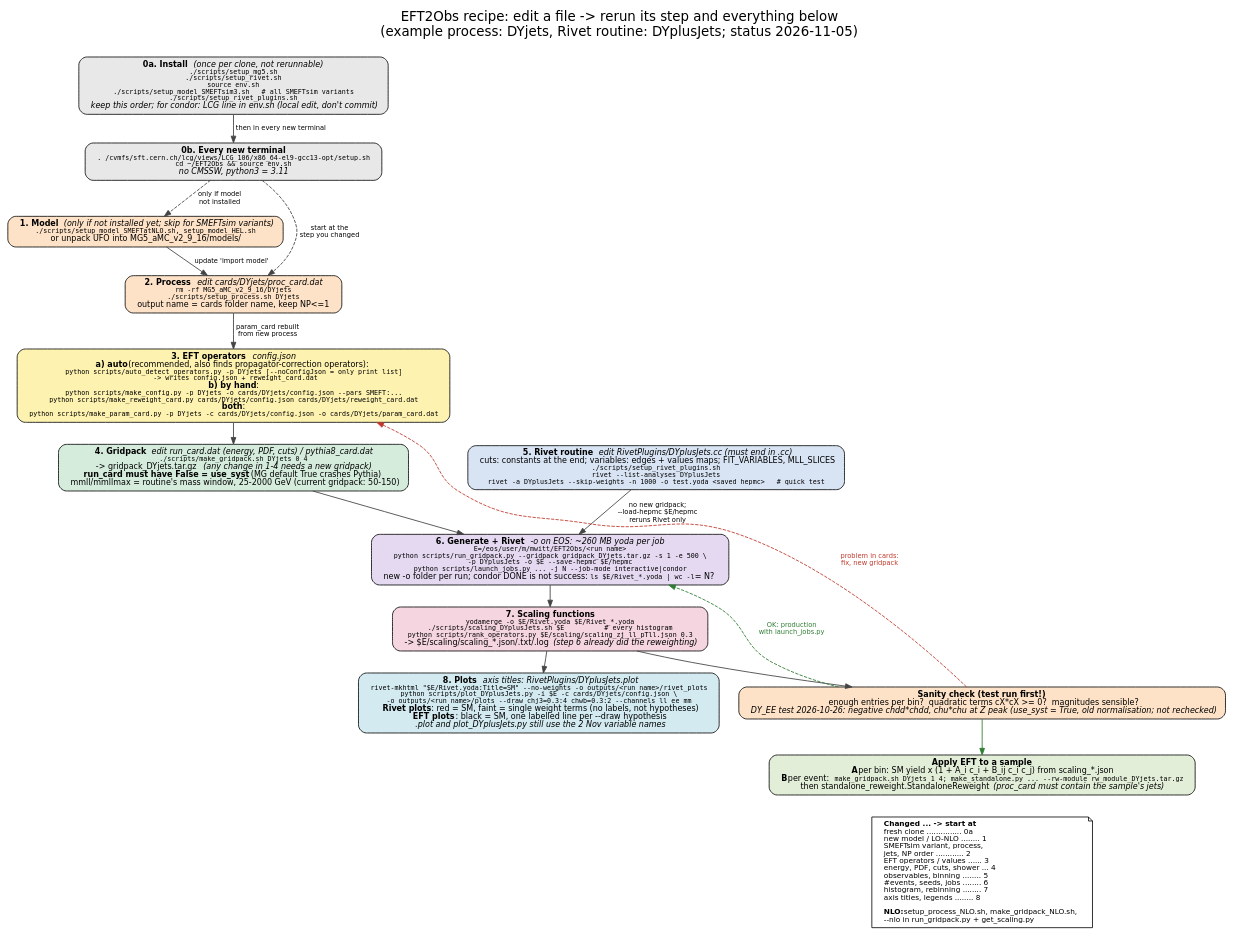
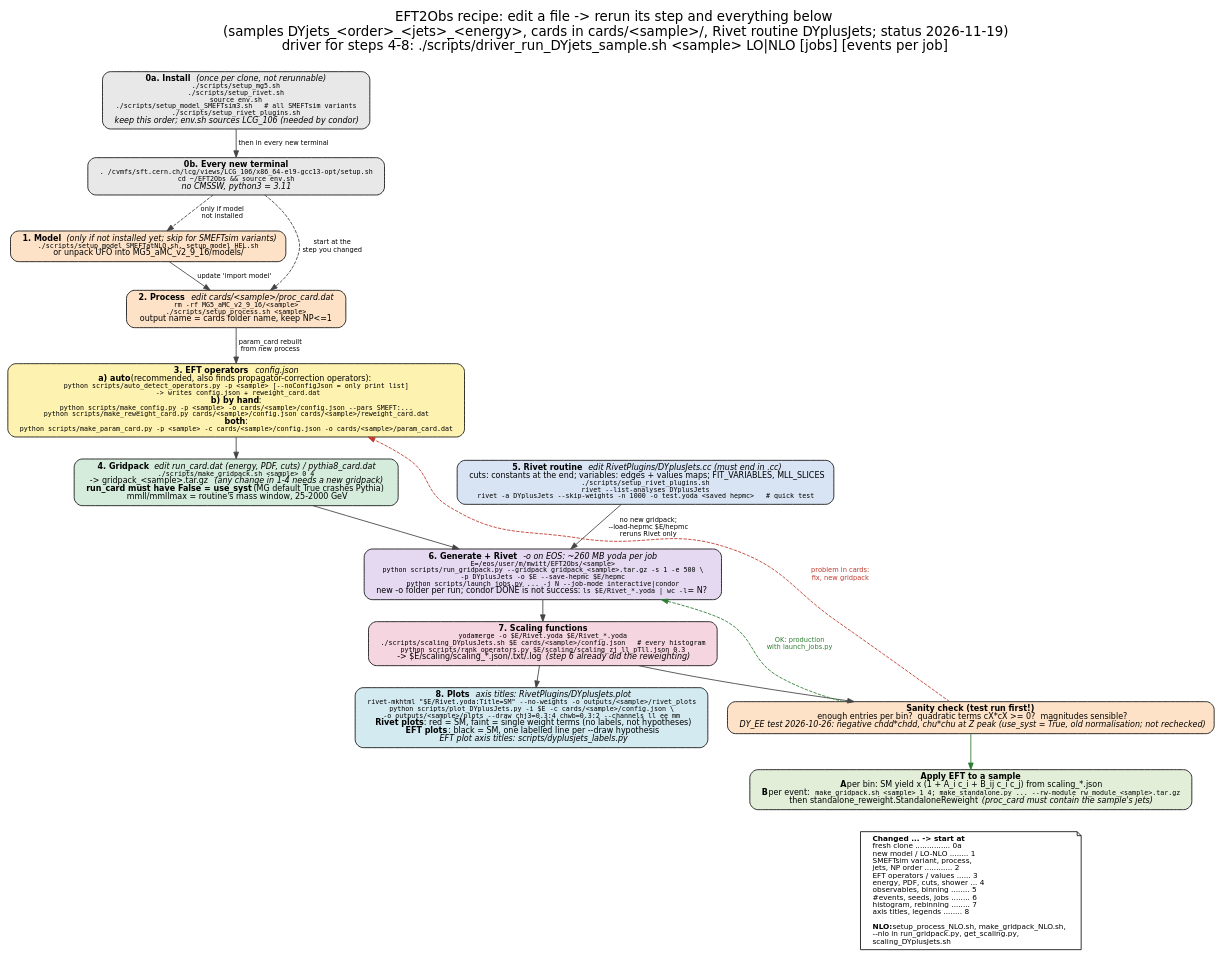
The diagram in EFT2Obs_recipe/EFT2Obs_recipe.dot (mathilde-t/EFT2Obs), drawn with Graphviz before and after one commit. The commit also changed 5 other files, not shown here.

First line of the commit message:
Subcategorise cards into cards/<sample>

```diff
--- a/EFT2Obs_recipe/EFT2Obs_recipe.dot
+++ b/EFT2Obs_recipe/EFT2Obs_recipe.dot
@@ -1,51 +1,51 @@
 // Source of EFT2Obs_recipe.png
 // Rebuild: dot -Tpng -Gdpi=110 EFT2Obs_recipe.dot -o EFT2Obs_recipe.png
 digraph recipe {
   graph [fontname="DejaVu Sans", fontsize=20, labelloc=t, nodesep=0.4, ranksep=0.45,
-         label=<EFT2Obs recipe: edit a file -&gt; rerun its step and everything below<br/>(example process: DYjets, Rivet routine: DYplusJets; status 2026-11-05)<br/> >];
+         label=<EFT2Obs recipe: edit a file -&gt; rerun its step and everything below<br/>(samples DYjets_&lt;order&gt;_&lt;jets&gt;_&lt;energy&gt;, cards in cards/&lt;sample&gt;/, Rivet routine DYplusJets; status 2026-11-19)<br/>driver for steps 4-8: ./scripts/driver_run_DYjets_sample.sh &lt;sample&gt; LO|NLO [jobs] [events per job]<br/> >];
   node  [shape=box, style="rounded,filled", fontname="DejaVu Sans", fontsize=12, penwidth=1.2, margin="0.25,0.08"];
   edge  [fontname="DejaVu Sans", fontsize=10, color="#444444", penwidth=1.3];
 
-  s0a [fillcolor="#e8e8e8", label=<<b>0a. Install</b>  <i>(once per clone, not rerunnable)</i><br/><font face="DejaVu Sans Mono" point-size="10">./scripts/setup_mg5.sh<br/>./scripts/setup_rivet.sh<br/>source env.sh<br/>./scripts/setup_model_SMEFTsim3.sh   # all SMEFTsim variants<br/>./scripts/setup_rivet_plugins.sh</font><br/><i>keep this order; for condor: LCG line in env.sh (local edit, don't commit)</i>>];
+  s0a [fillcolor="#e8e8e8", label=<<b>0a. Install</b>  <i>(once per clone, not rerunnable)</i><br/><font face="DejaVu Sans Mono" point-size="10">./scripts/setup_mg5.sh<br/>./scripts/setup_rivet.sh<br/>source env.sh<br/>./scripts/setup_model_SMEFTsim3.sh   # all SMEFTsim variants<br/>./scripts/setup_rivet_plugins.sh</font><br/><i>keep this order; env.sh sources LCG_106 (needed by condor)</i>>];
 
   s0 [fillcolor="#e8e8e8", label=<<b>0b. Every new terminal</b><br/><font face="DejaVu Sans Mono" point-size="10">. /cvmfs/sft.cern.ch/lcg/views/LCG_106/x86_64-el9-gcc13-opt/setup.sh<br/>cd ~/EFT2Obs &amp;&amp; source env.sh</font><br/><i>no CMSSW, python3 = 3.11</i>>];
 
   s1 [fillcolor="#fde2c7", label=<<b>1. Model</b>  <i>(only if not installed yet; skip for SMEFTsim variants)</i><br/><font face="DejaVu Sans Mono" point-size="10">./scripts/setup_model_SMEFTatNLO.sh, setup_model_HEL.sh</font><br/>or unpack UFO into MG5_aMC_v2_9_16/models/>];
 
-  s2 [fillcolor="#fde2c7", label=<<b>2. Process</b>  <i>edit cards/DYjets/proc_card.dat</i><br/><font face="DejaVu Sans Mono" point-size="10">rm -rf MG5_aMC_v2_9_16/DYjets<br/>./scripts/setup_process.sh DYjets</font><br/>output name = cards folder name, keep NP&lt;=1>];
+  s2 [fillcolor="#fde2c7", label=<<b>2. Process</b>  <i>edit cards/&lt;sample&gt;/proc_card.dat</i><br/><font face="DejaVu Sans Mono" point-size="10">rm -rf MG5_aMC_v2_9_16/&lt;sample&gt;<br/>./scripts/setup_process.sh &lt;sample&gt;</font><br/>output name = cards folder name, keep NP&lt;=1>];
 
-  s3 [fillcolor="#fdf2b0", label=<<b>3. EFT operators</b>  <i>config.json</i><br/><b>a) auto</b> (recommended, also finds propagator-correction operators):<br/><font face="DejaVu Sans Mono" point-size="10">python scripts/auto_detect_operators.py -p DYjets [--noConfigJson = only print list]<br/>   -&gt; writes config.json + reweight_card.dat</font><br/><b>b) by hand</b>:<br/><font face="DejaVu Sans Mono" point-size="10">python scripts/make_config.py -p DYjets -o cards/DYjets/config.json --pars SMEFT:...<br/>python scripts/make_reweight_card.py cards/DYjets/config.json cards/DYjets/reweight_card.dat</font><br/><b>both</b>:<br/><font face="DejaVu Sans Mono" point-size="10">python scripts/make_param_card.py -p DYjets -c cards/DYjets/config.json -o cards/DYjets/param_card.dat</font>>];
+  s3 [fillcolor="#fdf2b0", label=<<b>3. EFT operators</b>  <i>config.json</i><br/><b>a) auto</b> (recommended, also finds propagator-correction operators):<br/><font face="DejaVu Sans Mono" point-size="10">python scripts/auto_detect_operators.py -p &lt;sample&gt; [--noConfigJson = only print list]<br/>   -&gt; writes config.json + reweight_card.dat</font><br/><b>b) by hand</b>:<br/><font face="DejaVu Sans Mono" point-size="10">python scripts/make_config.py -p &lt;sample&gt; -o cards/&lt;sample&gt;/config.json --pars SMEFT:...<br/>python scripts/make_reweight_card.py cards/&lt;sample&gt;/config.json cards/&lt;sample&gt;/reweight_card.dat</font><br/><b>both</b>:<br/><font face="DejaVu Sans Mono" point-size="10">python scripts/make_param_card.py -p &lt;sample&gt; -c cards/&lt;sample&gt;/config.json -o cards/&lt;sample&gt;/param_card.dat</font>>];
 
-  s4 [fillcolor="#d5ecdc", label=<<b>4. Gridpack</b>  <i>edit run_card.dat (energy, PDF, cuts) / pythia8_card.dat</i><br/><font face="DejaVu Sans Mono" point-size="10">./scripts/make_gridpack.sh DYjets 0 4</font><br/>-&gt; gridpack_DYjets.tar.gz   <i>(any change in 1-4 needs a new gridpack)</i><br/><b>run_card must have False = use_syst</b> (MG default True crashes Pythia)<br/>mmll/mmllmax = routine's mass window, 25-2000 GeV (current gridpack: 50-150)>];
+  s4 [fillcolor="#d5ecdc", label=<<b>4. Gridpack</b>  <i>edit run_card.dat (energy, PDF, cuts) / pythia8_card.dat</i><br/><font face="DejaVu Sans Mono" point-size="10">./scripts/make_gridpack.sh &lt;sample&gt; 0 4</font><br/>-&gt; gridpack_&lt;sample&gt;.tar.gz   <i>(any change in 1-4 needs a new gridpack)</i><br/><b>run_card must have False = use_syst</b> (MG default True crashes Pythia)<br/>mmll/mmllmax = routine's mass window, 25-2000 GeV>];
 
   s5 [fillcolor="#d8e4f4", label=<<b>5. Rivet routine</b>  <i>edit RivetPlugins/DYplusJets.cc (must end in .cc)</i><br/>cuts: constants at the end; variables: edges + values maps; FIT_VARIABLES, MLL_SLICES<br/><font face="DejaVu Sans Mono" point-size="10">./scripts/setup_rivet_plugins.sh<br/>rivet --list-analyses DYplusJets<br/>rivet -a DYplusJets --skip-weights -n 1000 -o test.yoda &lt;saved hepmc&gt;   # quick test</font>>];
 
-  s6 [fillcolor="#e4d9f1", label=<<b>6. Generate + Rivet</b>  <i>-o on EOS: ~260 MB yoda per job</i><br/><font face="DejaVu Sans Mono" point-size="10">E=/eos/user/m/mwitt/EFT2Obs/&lt;run name&gt;<br/>python scripts/run_gridpack.py --gridpack gridpack_DYjets.tar.gz -s 1 -e 500 \\<br/>  -p DYplusJets -o $E --save-hepmc $E/hepmc<br/>python scripts/launch_jobs.py ... -j N --job-mode interactive|condor</font><br/>new -o folder per run; condor DONE is not success: <font face="DejaVu Sans Mono" point-size="10">ls $E/Rivet_*.yoda | wc -l</font> = N?>];
+  s6 [fillcolor="#e4d9f1", label=<<b>6. Generate + Rivet</b>  <i>-o on EOS: ~260 MB yoda per job</i><br/><font face="DejaVu Sans Mono" point-size="10">E=/eos/user/m/mwitt/EFT2Obs/&lt;sample&gt;<br/>python scripts/run_gridpack.py --gridpack gridpack_&lt;sample&gt;.tar.gz -s 1 -e 500 \\<br/>  -p DYplusJets -o $E --save-hepmc $E/hepmc<br/>python scripts/launch_jobs.py ... -j N --job-mode interactive|condor</font><br/>new -o folder per run; condor DONE is not success: <font face="DejaVu Sans Mono" point-size="10">ls $E/Rivet_*.yoda | wc -l</font> = N?>];
 
-  s7 [fillcolor="#f5d5e0", label=<<b>7. Scaling functions</b><br/><font face="DejaVu Sans Mono" point-size="10">yodamerge -o $E/Rivet.yoda $E/Rivet_*.yoda<br/>./scripts/scaling_DYplusJets.sh $E          # every histogram<br/>python scripts/rank_operators.py $E/scaling/scaling_zj_ll_pTll.json 0.3</font><br/>-&gt; $E/scaling/scaling_*.json/.txt/.log   <i>(step 6 already did the reweighting)</i>>];
+  s7 [fillcolor="#f5d5e0", label=<<b>7. Scaling functions</b><br/><font face="DejaVu Sans Mono" point-size="10">yodamerge -o $E/Rivet.yoda $E/Rivet_*.yoda<br/>./scripts/scaling_DYplusJets.sh $E cards/&lt;sample&gt;/config.json   # every histogram<br/>python scripts/rank_operators.py $E/scaling/scaling_zj_ll_pTll.json 0.3</font><br/>-&gt; $E/scaling/scaling_*.json/.txt/.log   <i>(step 6 already did the reweighting)</i>>];
 
-  s8 [fillcolor="#d2eaf0", label=<<b>8. Plots</b>  <i>axis titles: RivetPlugins/DYplusJets.plot</i><br/><font face="DejaVu Sans Mono" point-size="10">rivet-mkhtml "$E/Rivet.yoda:Title=SM" --no-weights -o outputs/&lt;run name&gt;/rivet_plots<br/>python scripts/plot_DYplusJets.py -i $E -c cards/DYjets/config.json \\<br/>  -o outputs/&lt;run name&gt;/plots --draw chj3=0.3:4 chwb=0.3:2 --channels ll ee mm</font><br/><b>Rivet plots</b>: red = SM, faint = single weight terms (no labels, not hypotheses)<br/><b>EFT plots</b>: black = SM, one labelled line per --draw hypothesis<br/><i>.plot and plot_DYplusJets.py still use the 2 Nov variable names</i>>];
+  s8 [fillcolor="#d2eaf0", label=<<b>8. Plots</b>  <i>axis titles: RivetPlugins/DYplusJets.plot</i><br/><font face="DejaVu Sans Mono" point-size="10">rivet-mkhtml "$E/Rivet.yoda:Title=SM" --no-weights -o outputs/&lt;sample&gt;/rivet_plots<br/>python scripts/plot_DYplusJets.py -i $E -c cards/&lt;sample&gt;/config.json \\<br/>  -o outputs/&lt;sample&gt;/plots --draw chj3=0.3:4 chwb=0.3:2 --channels ll ee mm</font><br/><b>Rivet plots</b>: red = SM, faint = single weight terms (no labels, not hypotheses)<br/><b>EFT plots</b>: black = SM, one labelled line per --draw hypothesis<br/><i>EFT plot axis titles: scripts/dyplusjets_labels.py</i>>];
 
   chk [fillcolor="#fde2c7", label=<<b>Sanity check (test run first!)</b><br/>enough entries per bin?  quadratic terms cX*cX &gt;= 0?  magnitudes sensible?<br/><i>DY_EE test 2026-10-26: negative chdd*chdd, chu*chu at Z peak (use_syst = True, old normalisation; not rechecked)</i>>];
 
-  app [fillcolor="#e2eed8", label=<<b>Apply EFT to a sample</b><br/><b>A</b> per bin: SM yield x (1 + A_i c_i + B_ij c_i c_j) from scaling_*.json<br/><b>B</b> per event: <font face="DejaVu Sans Mono" point-size="10">make_gridpack.sh DYjets 1 4; make_standalone.py ... --rw-module rw_module_DYjets.tar.gz</font><br/>then standalone_reweight.StandaloneReweight  <i>(proc_card must contain the sample's jets)</i>>];
+  app [fillcolor="#e2eed8", label=<<b>Apply EFT to a sample</b><br/><b>A</b> per bin: SM yield x (1 + A_i c_i + B_ij c_i c_j) from scaling_*.json<br/><b>B</b> per event: <font face="DejaVu Sans Mono" point-size="10">make_gridpack.sh &lt;sample&gt; 1 4; make_standalone.py ... --rw-module rw_module_&lt;sample&gt;.tar.gz</font><br/>then standalone_reweight.StandaloneReweight  <i>(proc_card must contain the sample's jets)</i>>];
 
-  legend [shape=note, style=filled, fillcolor=white, fontsize=11, label=<<b>Changed ... -&gt; start at</b><br align="left"/>fresh clone ............... 0a<br align="left"/>new model / LO-NLO ........ 1<br align="left"/>SMEFTsim variant, process,<br align="left"/>jets, NP order ............ 2<br align="left"/>EFT operators / values ...... 3<br align="left"/>energy, PDF, cuts, shower ... 4<br align="left"/>observables, binning ........ 5<br align="left"/>#events, seeds, jobs ........ 6<br align="left"/>histogram, rebinning ........ 7<br align="left"/>axis titles, legends ........ 8<br align="left"/><br align="left"/><b>NLO:</b> setup_process_NLO.sh, make_gridpack_NLO.sh,<br align="left"/>--nlo in run_gridpack.py + get_scaling.py<br align="left"/>>];
+  legend [shape=note, style=filled, fillcolor=white, fontsize=11, label=<<b>Changed ... -&gt; start at</b><br align="left"/>fresh clone ............... 0a<br align="left"/>new model / LO-NLO ........ 1<br align="left"/>SMEFTsim variant, process,<br align="left"/>jets, NP order ............ 2<br align="left"/>EFT operators / values ...... 3<br align="left"/>energy, PDF, cuts, shower ... 4<br align="left"/>observables, binning ........ 5<br align="left"/>#events, seeds, jobs ........ 6<br align="left"/>histogram, rebinning ........ 7<br align="left"/>axis titles, legends ........ 8<br align="left"/><br align="left"/><b>NLO:</b> setup_process_NLO.sh, make_gridpack_NLO.sh,<br align="left"/>--nlo in run_gridpack.py, get_scaling.py,<br align="left"/>scaling_DYplusJets.sh<br align="left"/>>];
 
   s0a -> s0 [label="  then in every new terminal"];
   s0 -> s1 [style=dashed, label="  only if model\n  not installed"];
   s0 -> s2 [style=dashed, label="  start at the\n  step you changed"];
   s1 -> s2 [label="  update 'import model'"];
   s2 -> s3 [label="  param_card rebuilt\n  from new process"];
   s3 -> s4;
   s4 -> s6;
   s5 -> s6 [label="  no new gridpack;\n  --load-hepmc $E/hepmc\n  reruns Rivet only"];
   s6 -> s7;
   s7 -> chk;
   s7 -> s8;
   chk -> app [color="#2e7d32"];
   chk -> s6 [style=dashed, color="#2e7d32", fontcolor="#2e7d32", label="  OK: production\n  with launch_jobs.py", constraint=false];
   chk -> s3 [style=dashed, color="#c0392b", fontcolor="#c0392b", label="  problem in cards:\n  fix, new gridpack", constraint=false];
   app -> legend [style=invis];
   {rank=same; s4; s5;}
 }
```
